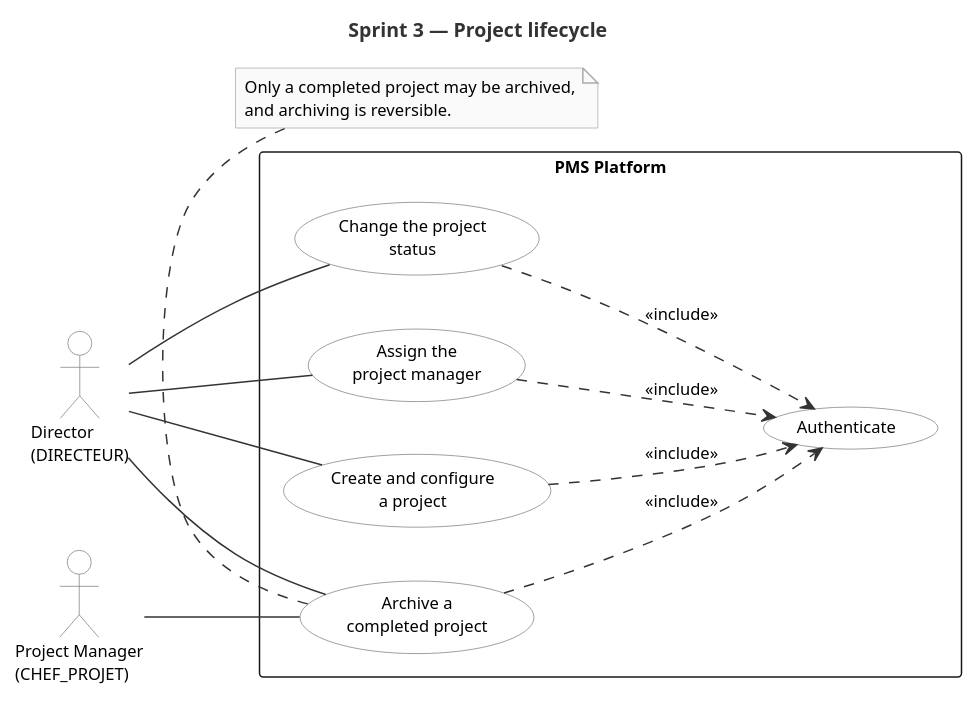
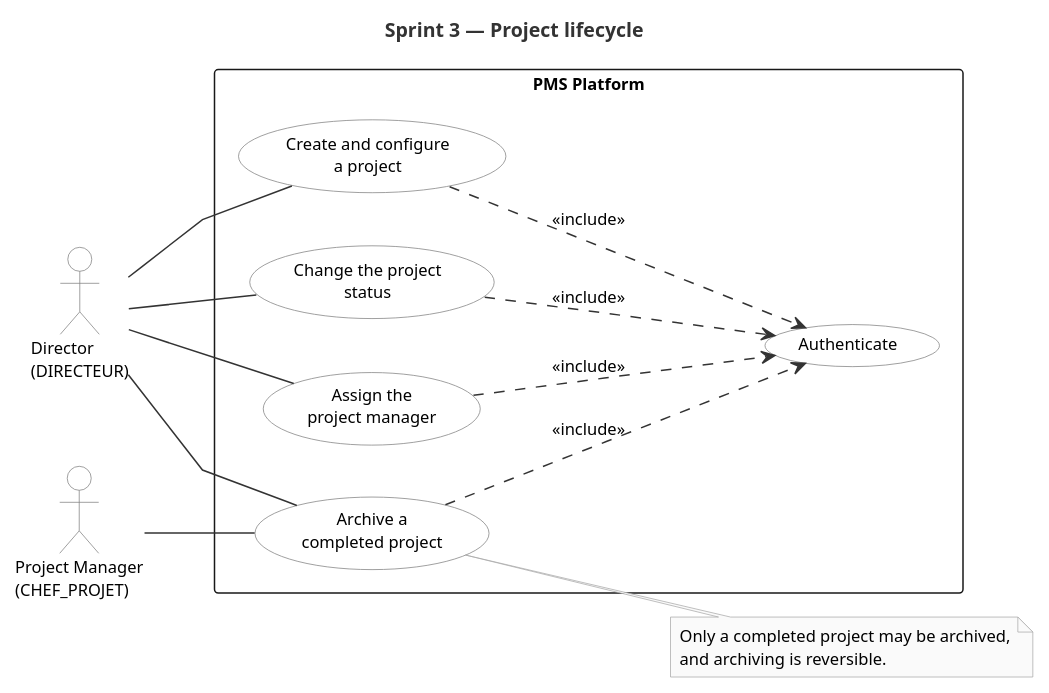
The diagram in docs/uml/sprint/uc_sprint3.puml (mazenrakrouki/tekup-pms-platform), drawn with PlantUML before and after one commit. The commit also changed 28 other files, not shown here.

First line of the commit message:
report: straight association lines in every use case diagram

```diff
--- a/docs/uml/sprint/uc_sprint3.puml
+++ b/docs/uml/sprint/uc_sprint3.puml
@@ -1,46 +1,48 @@
 @startuml uc_sprint3
 title Sprint 3 — Project lifecycle
 
 left to right direction
+
+skinparam linetype polyline
 
 skinparam shadowing false
 skinparam packageStyle rectangle
 skinparam defaultFontName Helvetica
 skinparam defaultFontSize 11
 skinparam actorBorderColor #808080
 skinparam actorBackgroundColor #FFFFFF
 skinparam usecaseBorderColor #808080
 skinparam usecaseBackgroundColor #FFFFFF
 skinparam ArrowColor #333333
 skinparam noteBorderColor #AAAAAA
 skinparam noteBackgroundColor #FAFAFA
 skinparam TitleFontSize 13
 skinparam TitleFontColor #333333
 
 actor "Director\n(DIRECTEUR)"          as Dir
 actor "Project Manager\n(CHEF_PROJET)" as PM
 
 rectangle "PMS Platform" {
   usecase "Create and configure\na project" as UC1
   usecase "Change the project\nstatus" as UC2
   usecase "Assign the\nproject manager" as UC3
   usecase "Archive a\ncompleted project" as UC4
   usecase "Authenticate" as UC0
 }
 
 Dir -- UC1
 Dir -- UC2
 Dir -- UC3
 Dir -- UC4
 PM -- UC4
 UC1 ..> UC0 : <<include>>
 UC2 ..> UC0 : <<include>>
 UC3 ..> UC0 : <<include>>
 UC4 ..> UC0 : <<include>>
 
-note bottom of UC4
+note right of UC4
   Only a completed project may be archived,
   and archiving is reversible.
 end note
 
 @enduml
```
